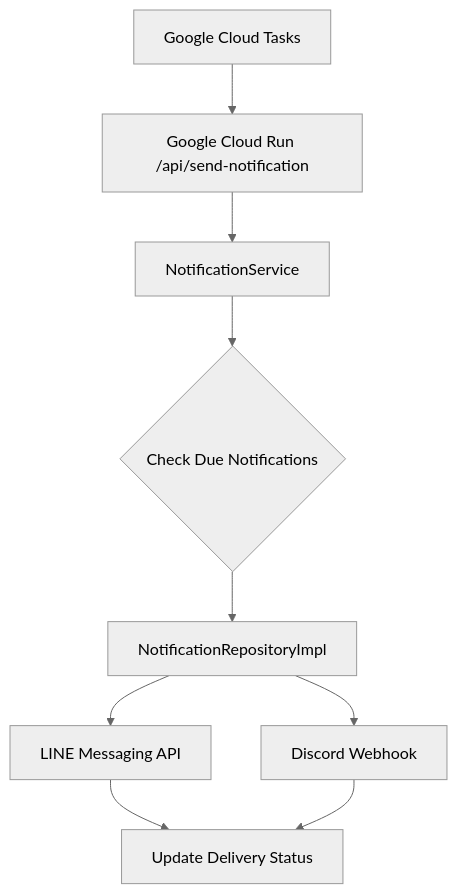
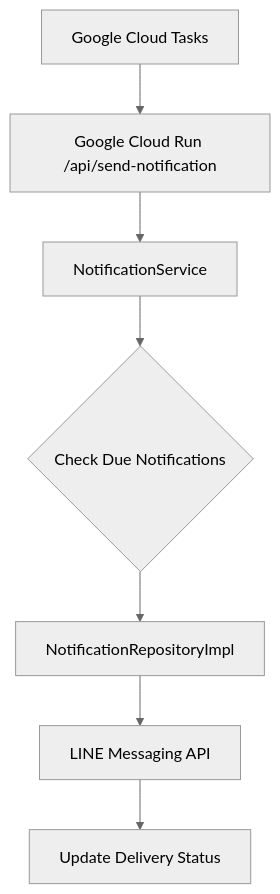
The second of 2 diagrams in docs/system-architecture.md (kazuya-m/urawa-support-hub), drawn with Mermaid (neutral theme) before and after one commit. The commit also changed other lines of this file and 1 other file, not shown here.

````diff
--- a/docs/system-architecture.md
+++ b/docs/system-architecture.md
@@ -218,11 +218,9 @@
 ```mermaid
 graph TD
     A[Google Cloud Tasks] --> B[Google Cloud Run /api/send-notification]
     B --> C[NotificationService]
     C --> D{Check Due Notifications}
     D --> E[NotificationRepositoryImpl]
     E --> F[LINE Messaging API]
-    E --> G[Discord Webhook]
-    F --> H[Update Delivery Status]
-    G --> H
+    F --> G[Update Delivery Status]
 ```
````
